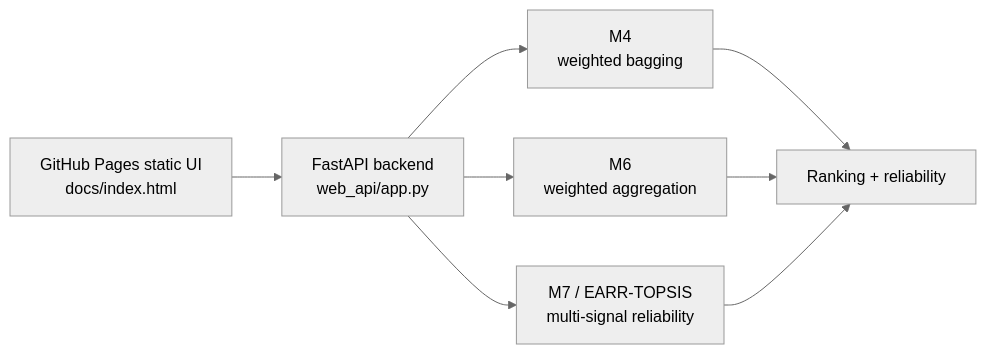
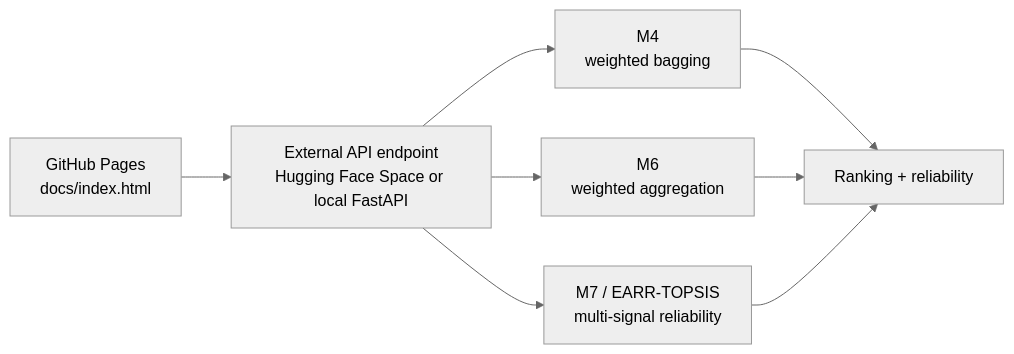
The second of 2 diagrams in README.md (Fahim043/earr-topsis), drawn with Mermaid (neutral theme) before and after one commit. The commit also changed other lines of this file and 3 other files, not shown here.

Commit message:
Document final GitHub and Hugging Face hosting flow

````diff
--- a/README.md
+++ b/README.md
@@ -15,10 +30,10 @@
 ```mermaid
 flowchart LR
-    A["GitHub Pages static UI<br/>docs/index.html"] --> B["FastAPI backend<br/>web_api/app.py"]
+    A["GitHub Pages<br/>docs/index.html"] --> B["External API endpoint<br/>Hugging Face Space or local FastAPI"]
     B --> C["M4<br/>weighted bagging"]
     B --> D["M6<br/>weighted aggregation"]
     B --> E["M7 / EARR-TOPSIS<br/>multi-signal reliability"]
     C --> F["Ranking + reliability"]
     D --> F
     E --> F
 ```
````
